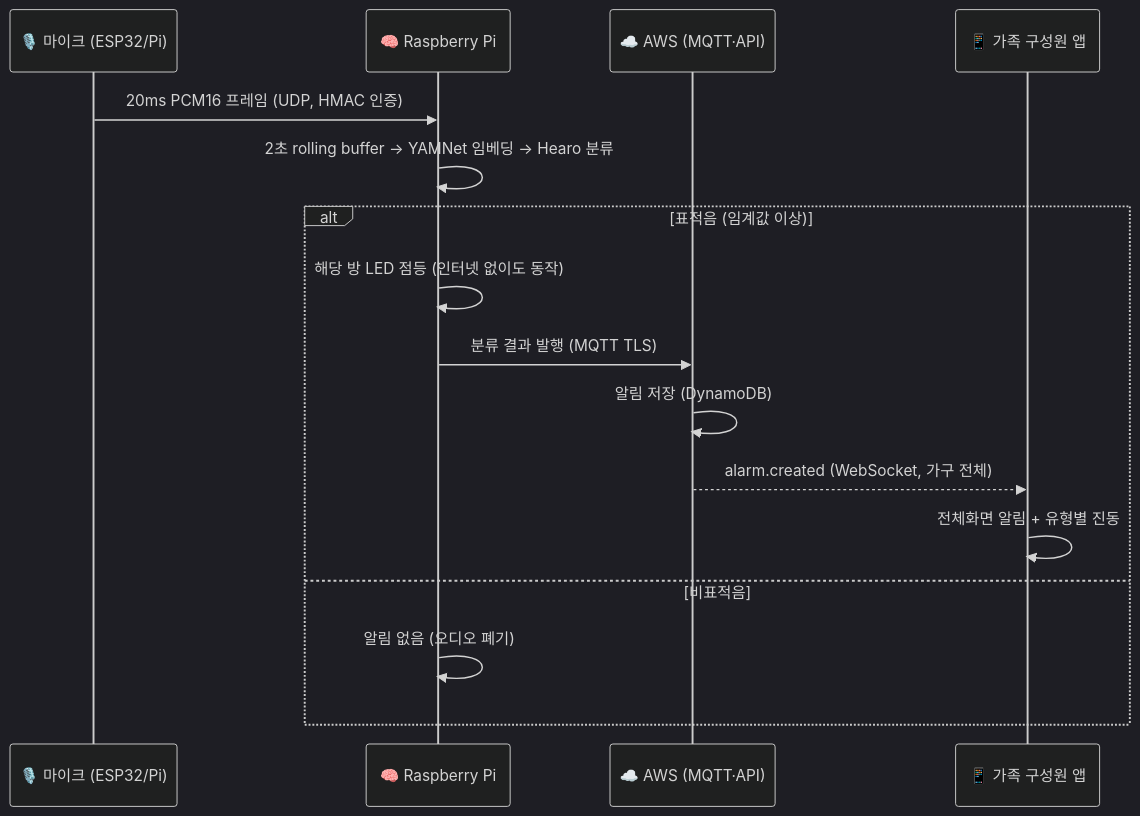
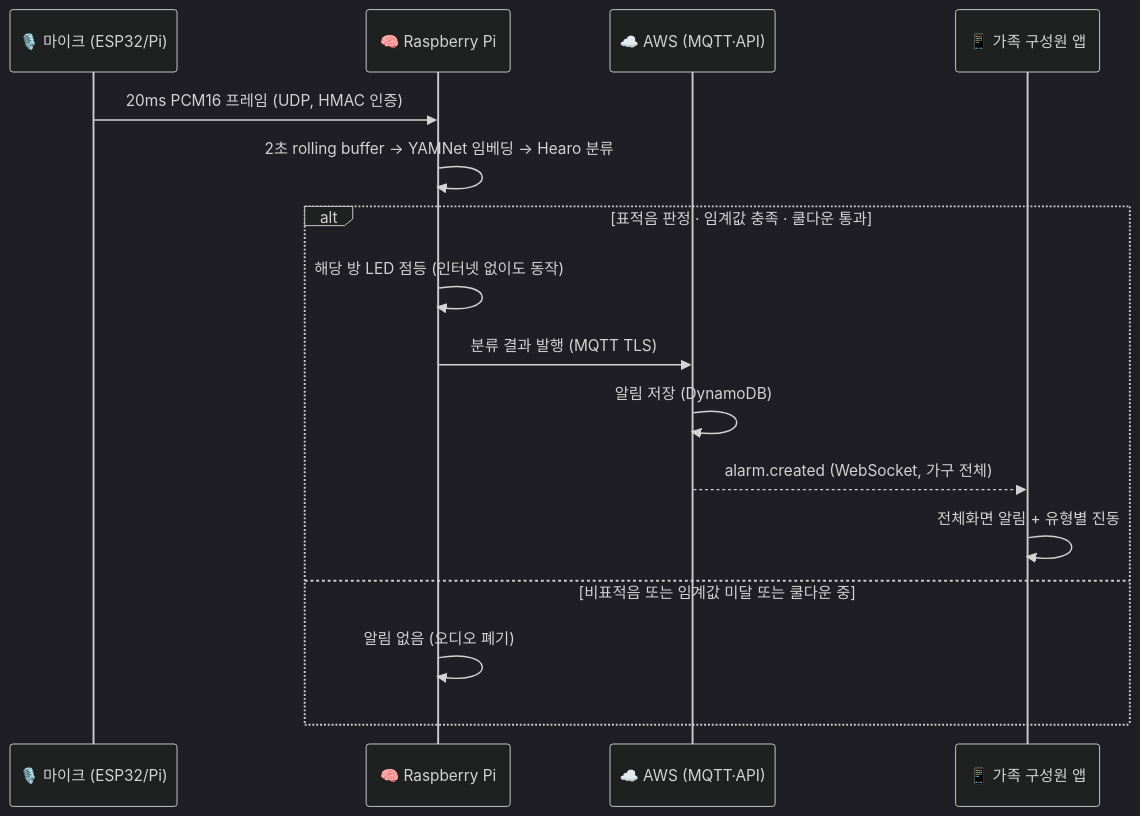
Before and after one commit to 2026-ITEC0401/26_HS085: the diagram in README.md, drawn with Mermaid (dark theme).

````diff
--- a/README.md
+++ b/README.md
@@ -179,19 +179,19 @@
 ```mermaid
 sequenceDiagram
     participant M as 🎙️ 마이크 (ESP32/Pi)
     participant P as 🧠 Raspberry Pi
     participant S as ☁️ AWS (MQTT·API)
     participant U as 📱 가족 구성원 앱
 
     M->>P: 20ms PCM16 프레임 (UDP, HMAC 인증)
     P->>P: 2초 rolling buffer → YAMNet 임베딩 → Hearo 분류
-    alt 표적음 (임계값 이상)
+    alt 표적음 판정 · 임계값 충족 · 쿨다운 통과
         P->>P: 해당 방 LED 점등 (인터넷 없이도 동작)
         P->>S: 분류 결과 발행 (MQTT TLS)
         S->>S: 알림 저장 (DynamoDB)
         S-->>U: alarm.created (WebSocket, 가구 전체)
         U->>U: 전체화면 알림 + 유형별 진동
-    else 비표적음
+    else 비표적음 또는 임계값 미달 또는 쿨다운 중
         P->>P: 알림 없음 (오디오 폐기)
     end
 ```
````
